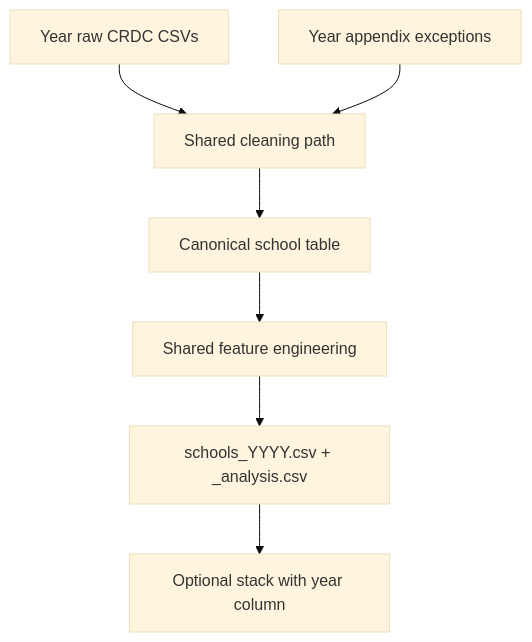
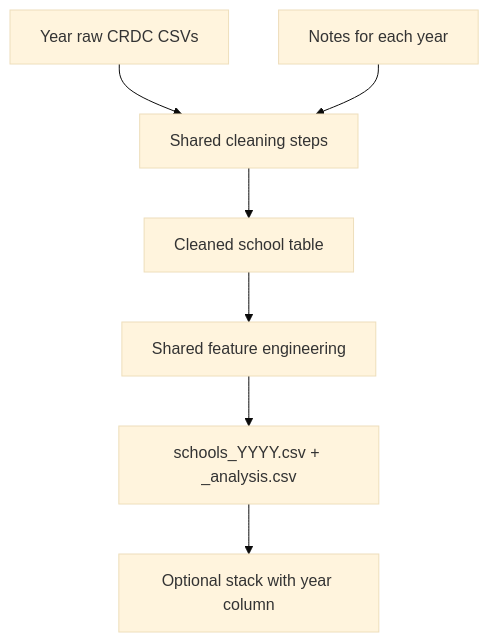
Before and after one commit to Break-Through-Tech/Capital-One-1A-ai-driven-resource-allocation-to-reduce-restrictive-practices: the diagram in docs/cleaning_feature_playbook.md, drawn with Mermaid (base theme). The commit also changed other lines of this file, not shown here.

Commit message:
docs: simplify cleaning guide wording

````diff
--- a/docs/cleaning_feature_playbook.md
+++ b/docs/cleaning_feature_playbook.md
@@ -24,9 +22,9 @@
 ```mermaid
 flowchart TD
-  raw[Year raw CRDC CSVs] --> shared[Shared cleaning path]
-  yearEx[Year appendix exceptions] --> shared
-  shared --> canon[Canonical school table]
+  raw[Year raw CRDC CSVs] --> shared[Shared cleaning steps]
+  yearEx[Notes for each year] --> shared
+  shared --> canon[Cleaned school table]
   canon --> fe[Shared feature engineering]
   fe --> out["schools_YYYY.csv + _analysis.csv"]
   out --> merge[Optional stack with year column]
 ```
````
